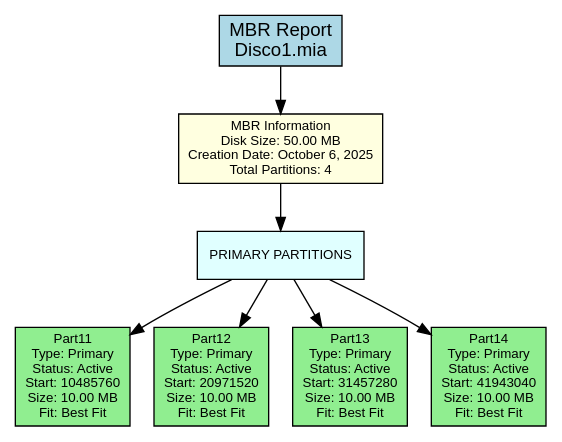
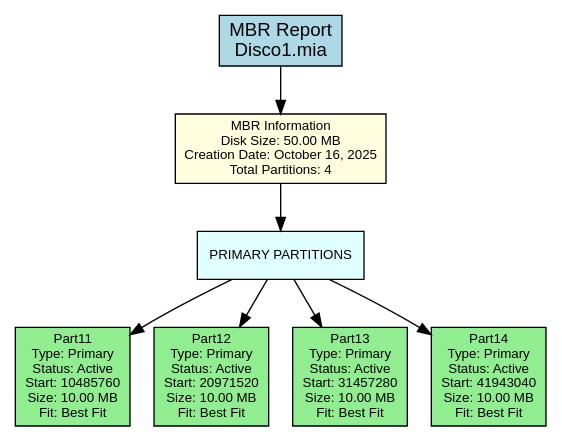
Before and after one commit to DiegVas/MIA_2S2025_P2_202300638: the diagram in backend/provider/reports/src/mbr_381A.dot, drawn with Graphviz. The commit also changed 35 other files, not shown here.

```diff
--- a/backend/provider/reports/src/mbr_381A.dot
+++ b/backend/provider/reports/src/mbr_381A.dot
@@ -1,24 +1,24 @@
 digraph MBR_Report {
     rankdir=TB;
     node [shape=box, style=filled];
     graph [fontname="Arial", fontsize=12];
     node [fontname="Arial", fontsize=10];
     edge [fontname="Arial"];
 
     title [label="MBR Report\nDisco1.mia", fillcolor=lightblue, fontsize=14];
 
-    mbr_info [label="MBR Information\nDisk Size: 50.00 MB\nCreation Date: October 6, 2025\nTotal Partitions: 4", fillcolor=lightyellow];
+    mbr_info [label="MBR Information\nDisk Size: 50.00 MB\nCreation Date: October 16, 2025\nTotal Partitions: 4", fillcolor=lightyellow];
 
     primary_section [label="PRIMARY PARTITIONS", shape=box, style=filled, fillcolor=lightcyan];
     primary_0 [label="Part11\nType: Primary\nStatus: Active\nStart: 10485760\nSize: 10.00 MB\nFit: Best Fit", fillcolor=lightgreen];
     primary_section -> primary_0;
     primary_1 [label="Part12\nType: Primary\nStatus: Active\nStart: 20971520\nSize: 10.00 MB\nFit: Best Fit", fillcolor=lightgreen];
     primary_section -> primary_1;
     primary_2 [label="Part13\nType: Primary\nStatus: Active\nStart: 31457280\nSize: 10.00 MB\nFit: Best Fit", fillcolor=lightgreen];
     primary_section -> primary_2;
     primary_3 [label="Part14\nType: Primary\nStatus: Active\nStart: 41943040\nSize: 10.00 MB\nFit: Best Fit", fillcolor=lightgreen];
     primary_section -> primary_3;
 
     title -> mbr_info;
     mbr_info -> primary_section;
 }
```
